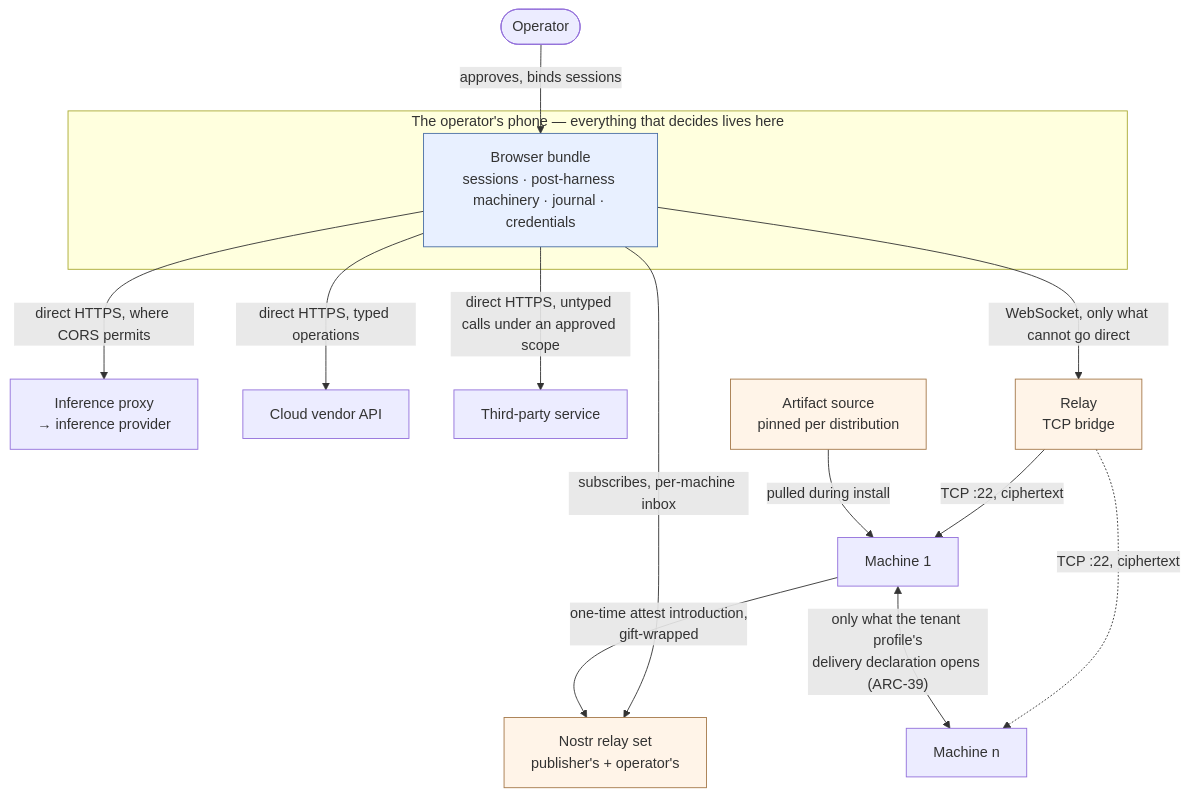
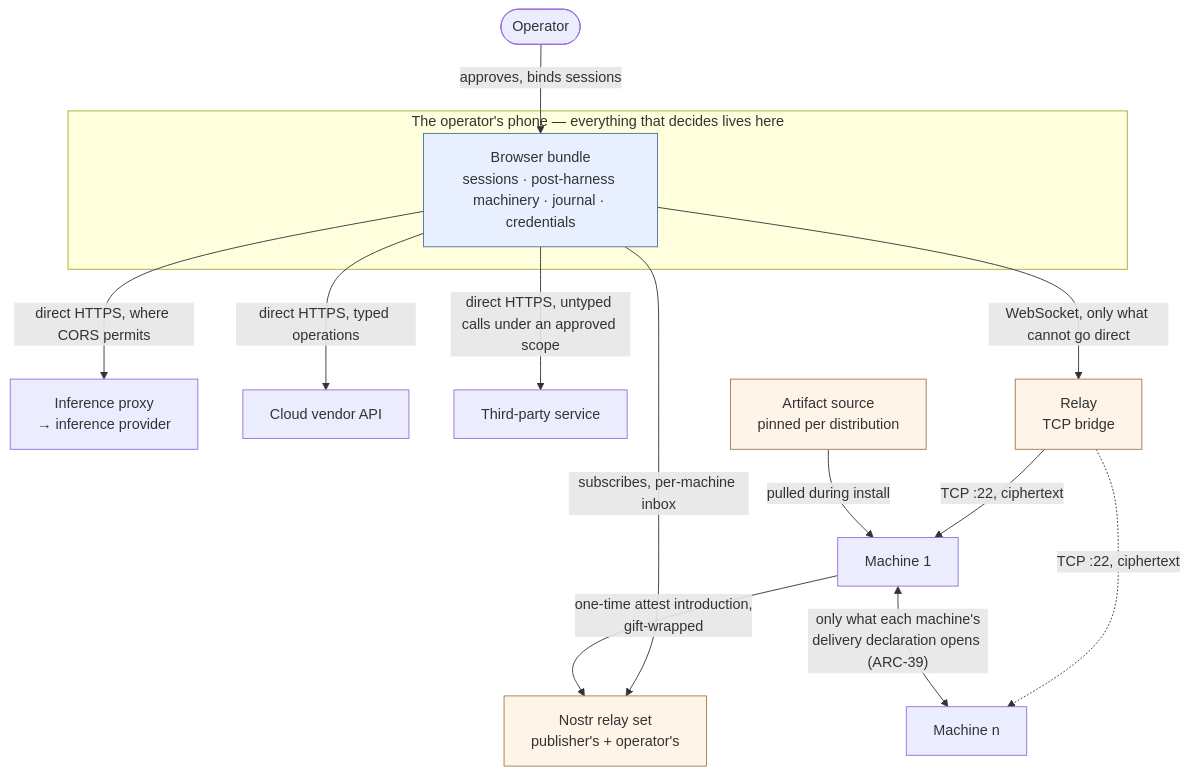
One commit to douglaz/tau-web-spec changed the diagram in 00-overview.md. Above: the diagram before and after it, drawn with Mermaid. The commit also changed other lines of this file and 42 other files, not shown here.

````diff
--- a/00-overview.md
+++ b/00-overview.md
@@ -139,21 +143,21 @@
 ```mermaid
 flowchart TD
     OP([Operator]) -->|approves, binds sessions| BR
     subgraph PHONE["The operator's phone — everything that decides lives here"]
         BR["Browser bundle<br/>sessions · post-harness machinery · journal · credentials"]
     end
     BR -->|"direct HTTPS, where CORS permits"| INF["Inference proxy<br/>→ inference provider"]
     BR -->|"direct HTTPS, typed operations"| VND["Cloud vendor API"]
     BR -->|"direct HTTPS, untyped calls under an approved scope"| SVC["Third-party service"]
     BR -->|"WebSocket, only what cannot go direct"| RLY["Relay<br/>TCP bridge"]
     BR -->|"subscribes, per-machine inbox"| NR["Nostr relay set<br/>publisher's + operator's"]
     RLY -->|"TCP :22, ciphertext"| M1["Machine 1"]
     RLY -.->|"TCP :22, ciphertext"| M2["Machine n"]
     M1 -->|"one-time attest introduction,<br/>gift-wrapped"| NR
-    M1 <-->|"only what the tenant profile's<br/>delivery declaration opens (ARC-39)"| M2
+    M1 <-->|"only what each machine's<br/>delivery declaration opens (ARC-39)"| M2
     ART["Artifact source<br/>pinned per distribution"] -->|"pulled during install"| M1
     classDef trusted fill:#e8f0ff,stroke:#4a6fa5
     classDef untrusted fill:#fff4e8,stroke:#a5794a
     class BR trusted
     class RLY,NR,ART untrusted
 ```
````
